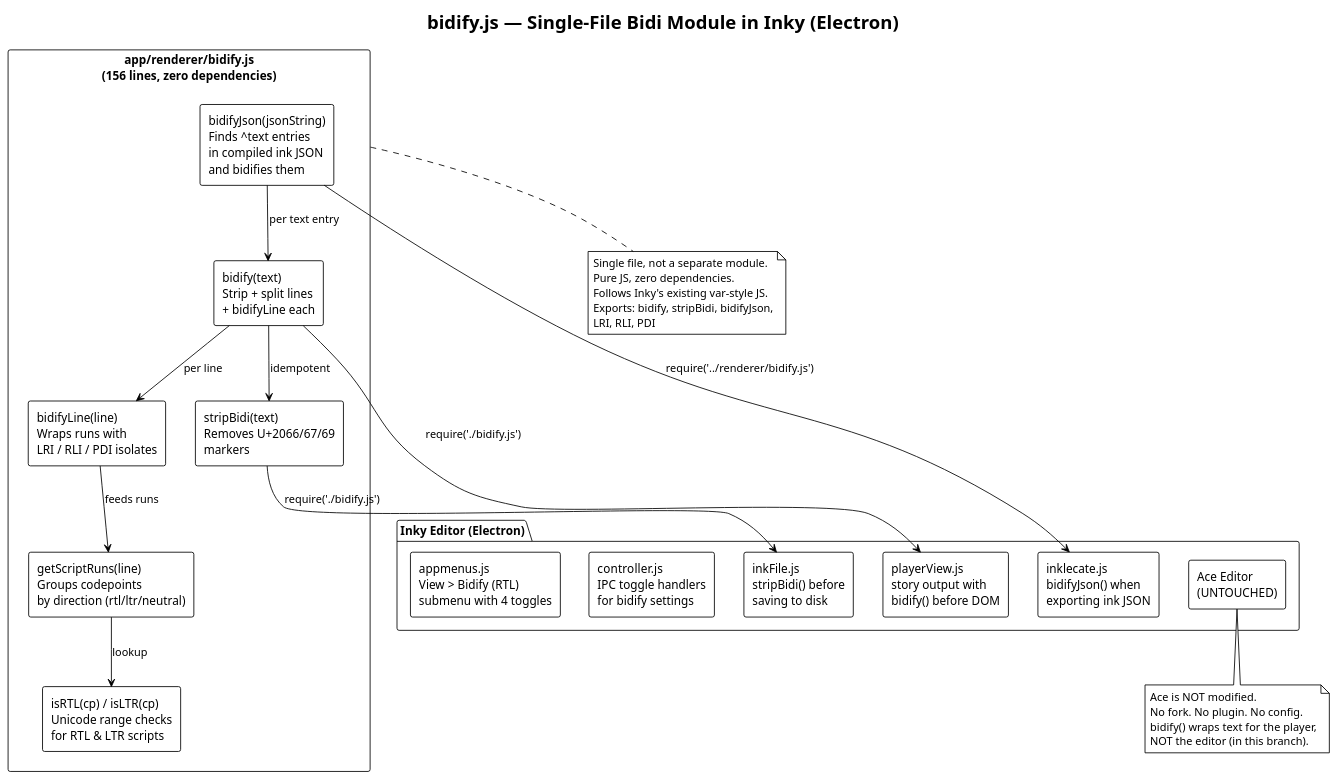
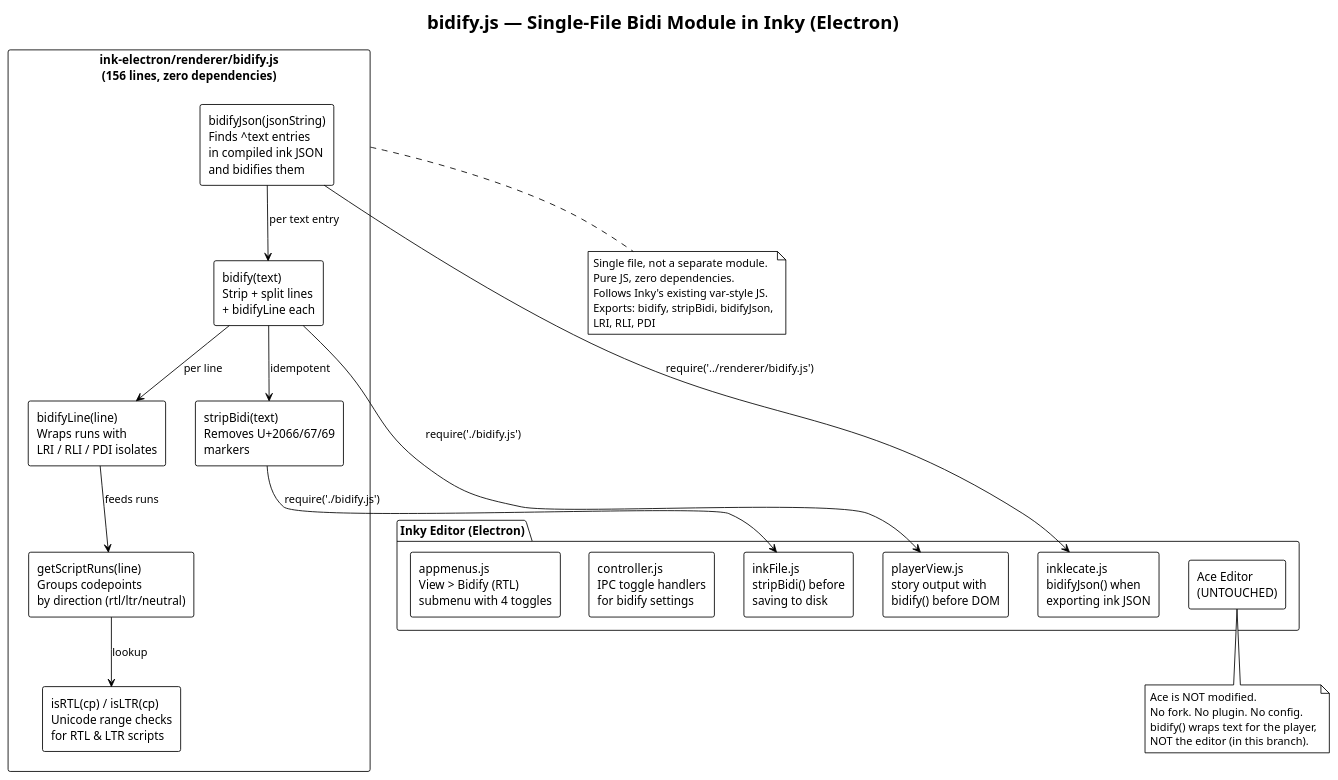
Before and after one commit to VRDate/inky: the diagram in docs/bidi/bidi-architecture.puml, drawn with PlantUML. The commit also changed 5 other files, not shown here.

First line of the commit message:
docs: update app/ → ink-electron/ paths after directory rename

```diff
--- a/docs/bidi/bidi-architecture.puml
+++ b/docs/bidi/bidi-architecture.puml
@@ -1,50 +1,50 @@
 @startuml bidi-architecture
 !theme plain
 title bidify.js — Single-File Bidi Module in Inky (Electron)
 
-rectangle "app/renderer/bidify.js\n(156 lines, zero dependencies)" as bidify {
+rectangle "ink-electron/renderer/bidify.js\n(156 lines, zero dependencies)" as bidify {
     rectangle "isRTL(cp) / isLTR(cp)\nUnicode range checks\nfor RTL & LTR scripts" as ranges
     rectangle "getScriptRuns(line)\nGroups codepoints\nby direction (rtl/ltr/neutral)" as sr
     rectangle "bidifyLine(line)\nWraps runs with\nLRI / RLI / PDI isolates" as iso
     rectangle "bidify(text)\nStrip + split lines\n+ bidifyLine each" as main
     rectangle "stripBidi(text)\nRemoves U+2066/67/69\nmarkers" as strip
     rectangle "bidifyJson(jsonString)\nFinds ^text entries\nin compiled ink JSON\nand bidifies them" as json
 
     sr --> ranges : lookup
     iso --> sr : feeds runs
     main --> strip : idempotent
     main --> iso : per line
     json --> main : per text entry
 }
 
 package "Inky Editor (Electron)" as inky {
     rectangle "Ace Editor\n(UNTOUCHED)" as ace
     rectangle "playerView.js\nstory output with\nbidify() before DOM" as preview
     rectangle "inkFile.js\nstripBidi() before\nsaving to disk" as inkfile
     rectangle "inklecate.js\nbidifyJson() when\nexporting ink JSON" as compiler
     rectangle "controller.js\nIPC toggle handlers\nfor bidify settings" as controller
     rectangle "appmenus.js\nView > Bidify (RTL)\nsubmenu with 4 toggles" as menus
 }
 
 ' JS module used by Inky
 main --> preview : require('./bidify.js')
 strip --> inkfile : require('./bidify.js')
 json --> compiler : require('../renderer/bidify.js')
 
 ' Key point
 note bottom of ace
   Ace is NOT modified.
   No fork. No plugin. No config.
   bidify() wraps text for the player,
   NOT the editor (in this branch).
 end note
 
 note bottom of bidify
   Single file, not a separate module.
   Pure JS, zero dependencies.
   Follows Inky's existing var-style JS.
   Exports: bidify, stripBidi, bidifyJson,
   LRI, RLI, PDI
 end note
 
 @enduml
```
